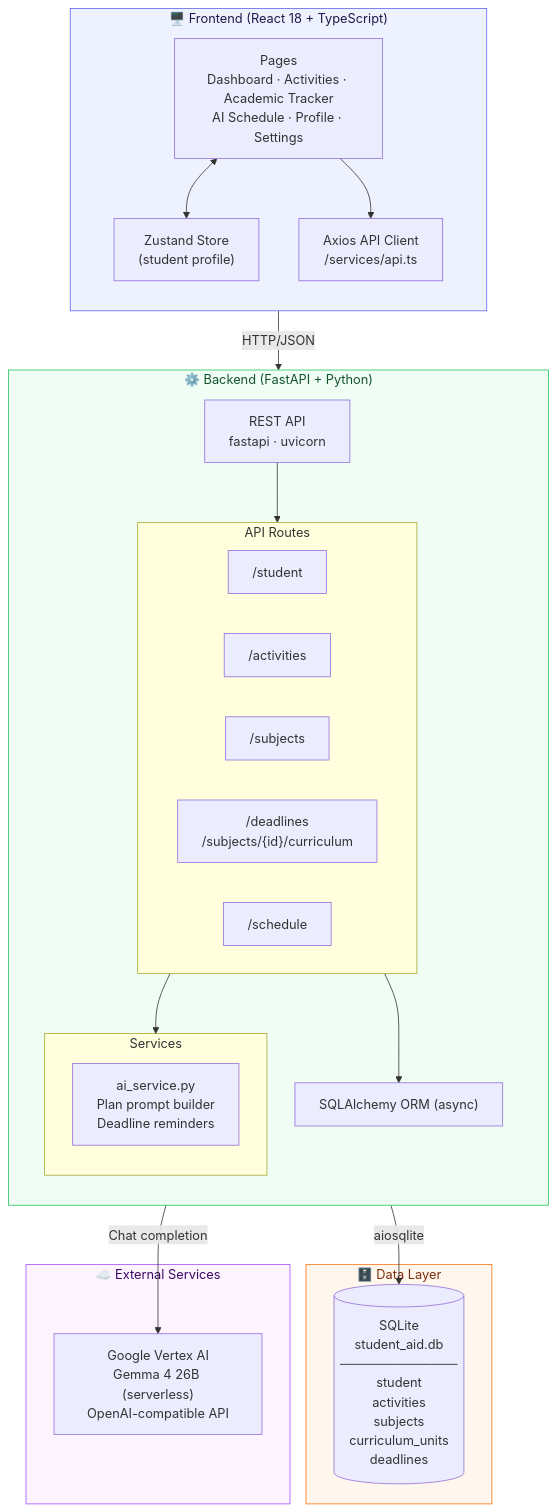
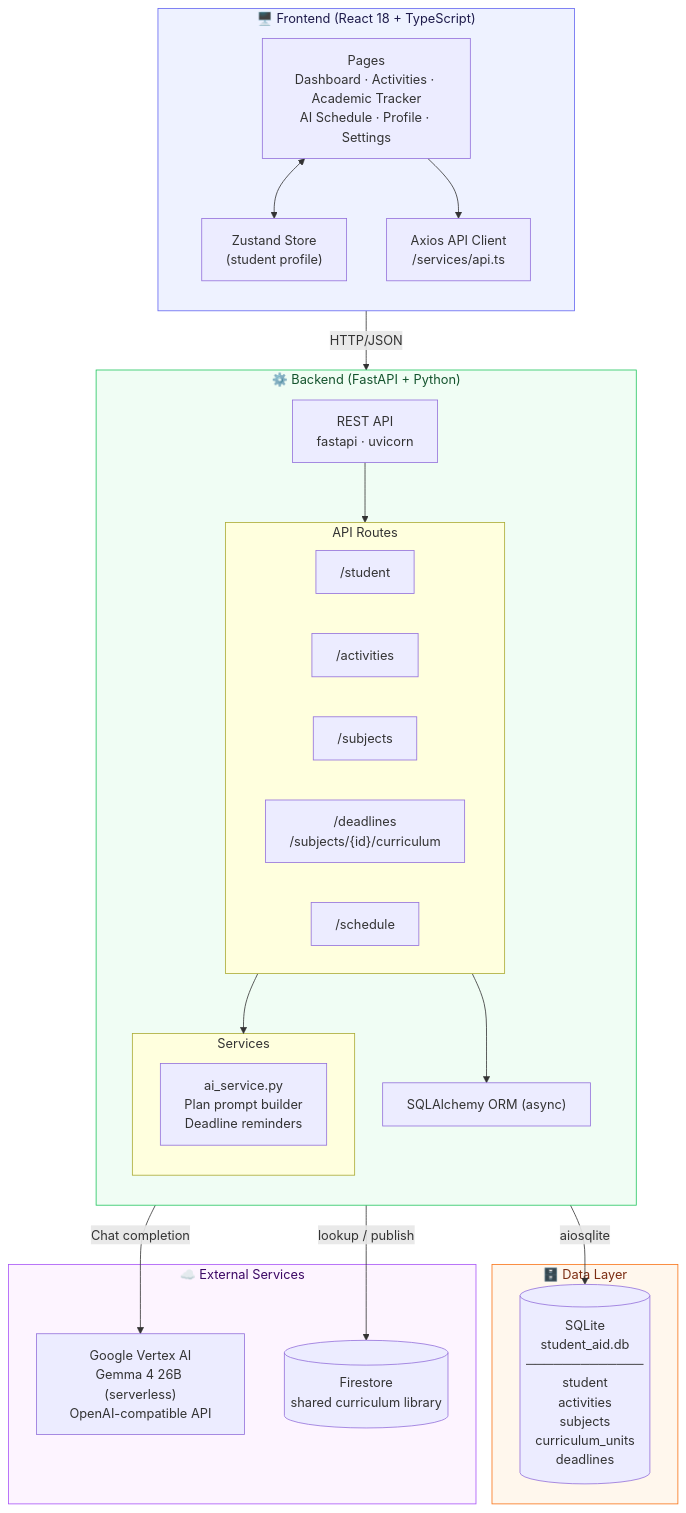
The first of 2 diagrams in README.md (vahxa-ai/vahxa-student), drawn with Mermaid before and after one commit. The commit also changed other lines of this file and 13 other files, not shown here.

````diff
--- a/README.md
+++ b/README.md
@@ -9,51 +9,53 @@
 ```mermaid
 graph TB
     subgraph Client["🖥️ Frontend (React 18 + TypeScript)"]
         direction TB
         UI["Pages\nDashboard · Activities · Academic Tracker\nAI Schedule · Profile · Settings"]
         Store["Zustand Store\n(student profile)"]
         AxiosClient["Axios API Client\n/services/api.ts"]
         UI <--> Store
         UI --> AxiosClient
     end
 
     subgraph Server["⚙️ Backend (FastAPI + Python)"]
         direction TB
         API["REST API\nfastapi · uvicorn"]
 
         subgraph Routes["API Routes"]
             R1["/student"]
             R2["/activities"]
             R3["/subjects"]
             R4["/deadlines
 /subjects/{id}/curriculum"]
             R5["/schedule"]
         end
 
         subgraph Services["Services"]
             AI["ai_service.py\nPlan prompt builder\nDeadline reminders"]
         end
 
         ORM["SQLAlchemy ORM (async)"]
         API --> Routes
         Routes --> Services
         Routes --> ORM
     end
 
     subgraph Data["🗄️ Data Layer"]
         DB[("SQLite\nstudent_aid.db\n─────────────\nstudent\nactivities\nsubjects\ncurriculum_units\ndeadlines")]
     end
 
     subgraph External["☁️ External Services"]
         VERTEX["Google Vertex AI\nGemma 4 26B (serverless)\nOpenAI-compatible API"]
+        FS[("Firestore\nshared curriculum library")]
     end
 
     AxiosClient -->|"HTTP/JSON"| API
     ORM -->|"aiosqlite"| DB
     AI -->|"Chat completion"| VERTEX
+    Routes -->|"lookup / publish"| FS
 
     style Client fill:#EEF2FF,stroke:#6366F1,color:#1e1b4b
     style Server fill:#F0FDF4,stroke:#22C55E,color:#14532d
     style Data fill:#FFF7ED,stroke:#F97316,color:#7c2d12
     style External fill:#FDF4FF,stroke:#A855F7,color:#3b0764
 ```
````
